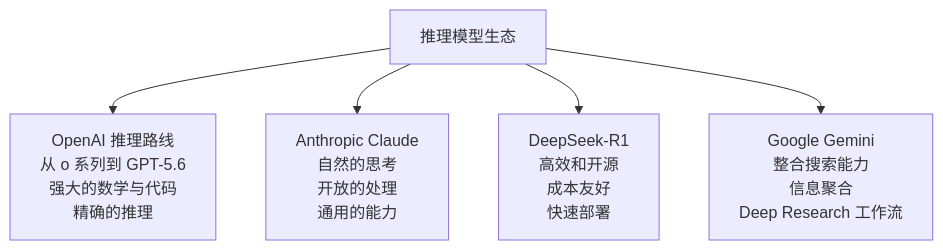
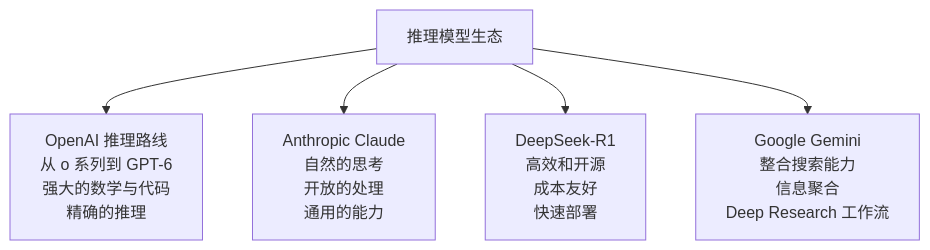
Before and after one commit to yeasy/ai_beginner_guide: the first of 9 diagrams in 07_reasoning_models/7.4_major_reasoning_models.md, drawn with Mermaid. The commit also changed other lines of this file and 11 other files, not shown here.

````diff
--- a/07_reasoning_models/7.4_major_reasoning_models.md
+++ b/07_reasoning_models/7.4_major_reasoning_models.md
@@ -11,14 +11,14 @@
 ```mermaid
 graph TD
-    A["OpenAI 推理路线<br/>从 o 系列到 GPT-5.6<br/>强大的数学与代码<br/>精确的推理"]
+    A["OpenAI 推理路线<br/>从 o 系列到 GPT-6<br/>强大的数学与代码<br/>精确的推理"]
     B["Anthropic Claude<br/>自然的思考<br/>开放的处理<br/>通用的能力"]
     C["DeepSeek-R1<br/>高效和开源<br/>成本友好<br/>快速部署"]
     D["Google Gemini<br/>整合搜索能力<br/>信息聚合<br/>Deep Research 工作流"]
 
     E["推理模型生态"]
 
     E --> A
     E --> B
     E --> C
     E --> D
 ```
````
